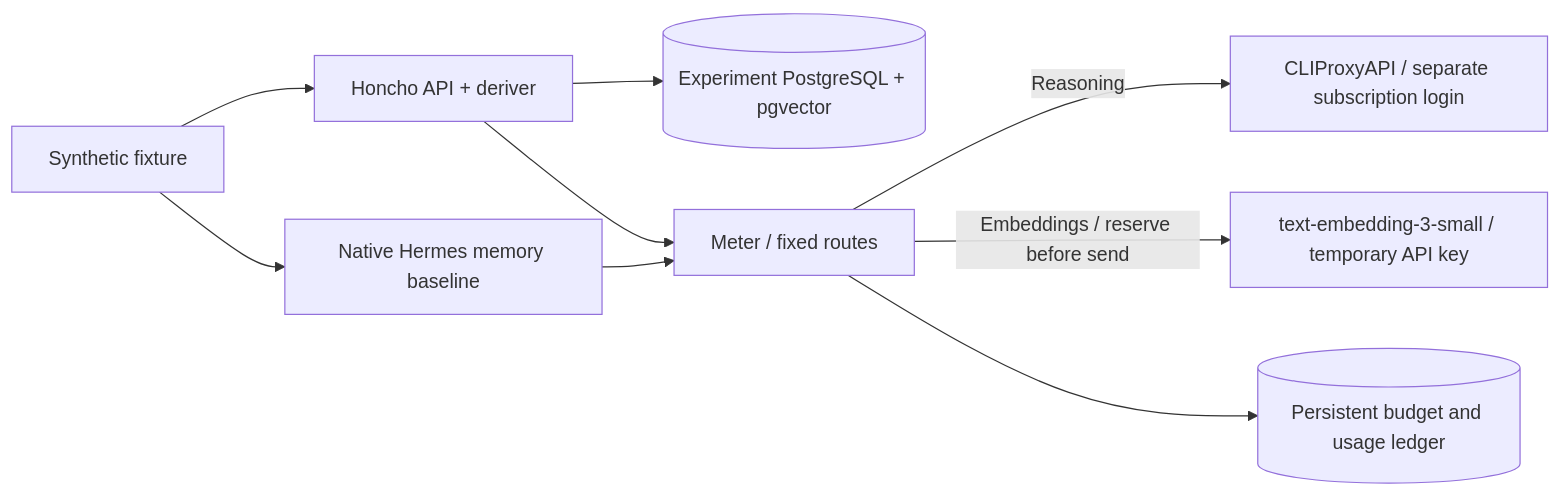
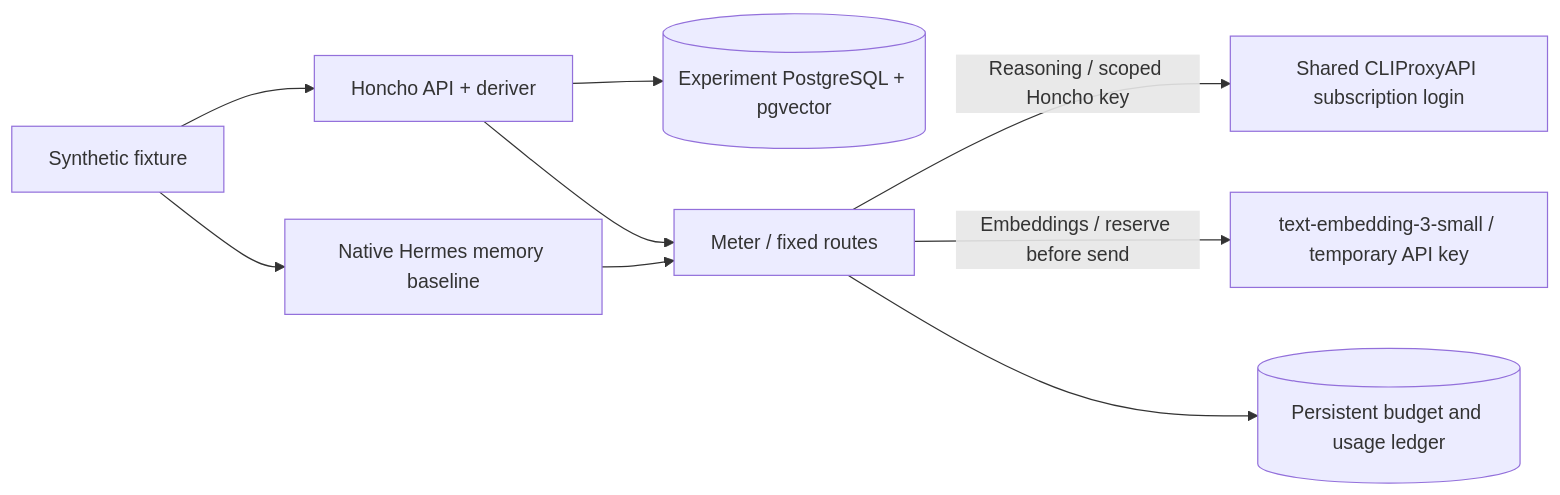
The diagram in experiments/honcho/README.md (devbymak/nocheh), drawn with Mermaid before and after one commit. The commit also changed other lines of this file and 36 other files, not shown here.

````diff
--- a/experiments/honcho/README.md
+++ b/experiments/honcho/README.md
@@ -9,11 +9,11 @@
 ```mermaid
 flowchart LR
   DATA["Synthetic fixture"] --> H["Native Hermes memory baseline"]
   DATA --> HON["Honcho API + deriver"]
   HON --> PG[("Experiment PostgreSQL + pgvector")]
   H --> M["Meter / fixed routes"]
   HON --> M
-  M -->|"Reasoning"| C["CLIProxyAPI / separate subscription login"]
+  M -->|"Reasoning / scoped Honcho key"| C["Shared CLIProxyAPI subscription login"]
   M -->|"Embeddings / reserve before send"| E["text-embedding-3-small / temporary API key"]
   M --> L[("Persistent budget and usage ledger")]
 ```
````
